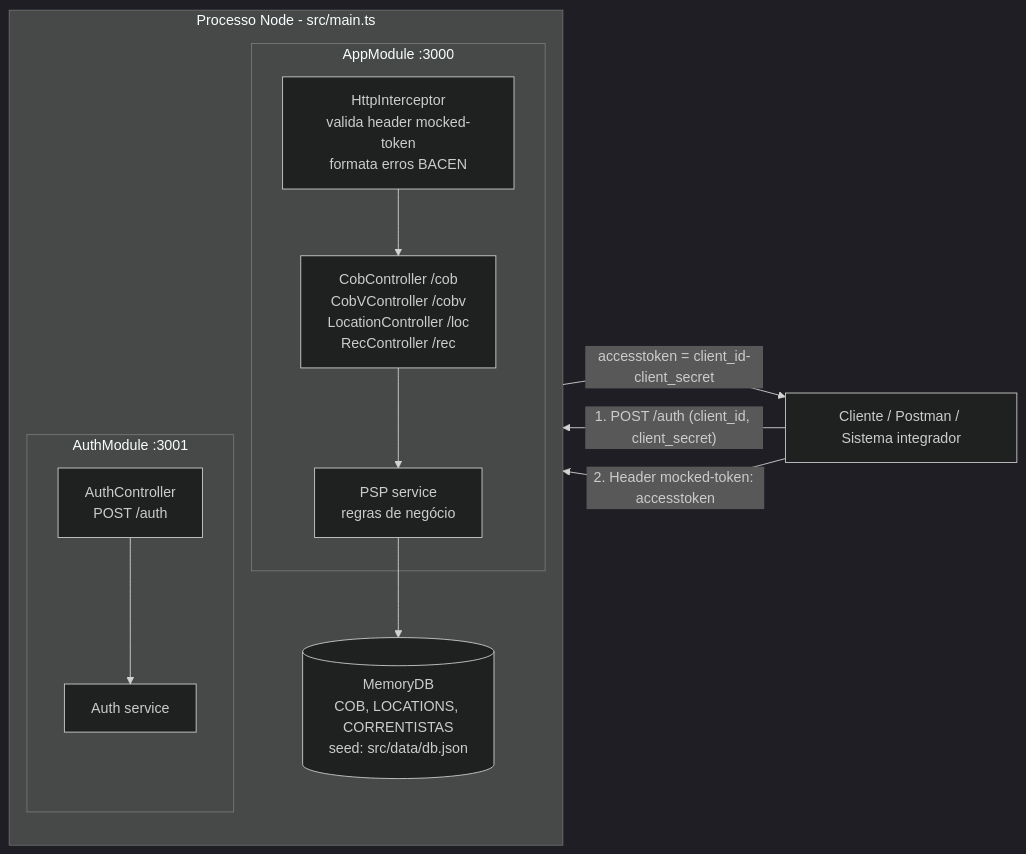
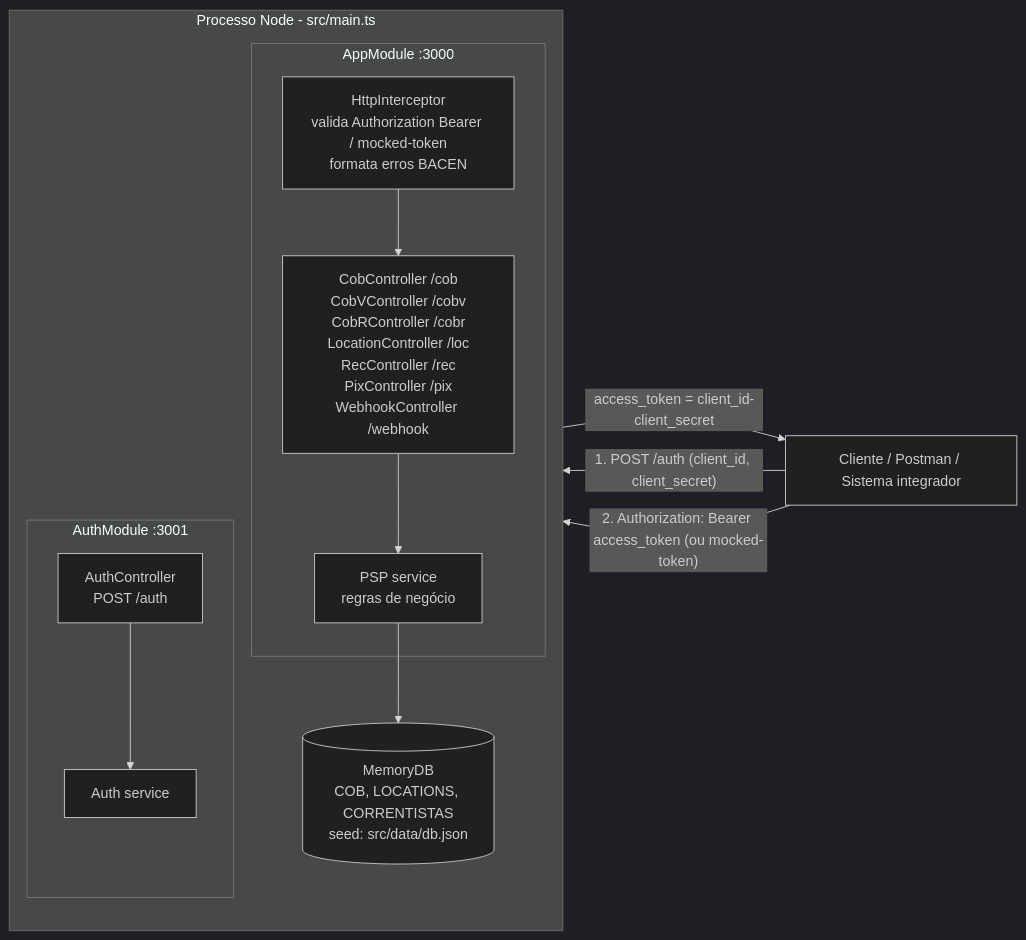
Before and after one commit to sync-projects-team/pix-mocked-server-devbacega: the diagram in .devin/instructions/architecture.md, drawn with Mermaid (dark theme). The commit also changed other lines of this file and 3 other files, not shown here.

Commit message:
docs: atualiza arquitetura/README/regras com cobr, rec, pix, webhook e adiciona parecer Kaizen

````diff
--- a/.devin/instructions/architecture.md
+++ b/.devin/instructions/architecture.md
@@ -33,28 +33,28 @@
 ```mermaid
 flowchart LR
     Client[Cliente / Postman / Sistema integrador]
 
     subgraph Processo Node - src/main.ts
         direction TB
         Seed[(MemoryDB<br/>COB, LOCATIONS, CORRENTISTAS<br/>seed: src/data/db.json)]
 
         subgraph Auth[AuthModule :3001]
             AuthCtrl[AuthController<br/>POST /auth]
             AuthSvc[Auth service]
             AuthCtrl --> AuthSvc
         end
 
         subgraph App[AppModule :3000]
-            Interceptor[HttpInterceptor<br/>valida header mocked-token<br/>formata erros BACEN]
-            Ctrls[CobController /cob<br/>CobVController /cobv<br/>LocationController /loc<br/>RecController /rec]
+            Interceptor[HttpInterceptor<br/>valida Authorization Bearer / mocked-token<br/>formata erros BACEN]
+            Ctrls[CobController /cob<br/>CobVController /cobv<br/>CobRController /cobr<br/>LocationController /loc<br/>RecController /rec<br/>PixController /pix<br/>WebhookController /webhook]
             PSP[PSP service<br/>regras de negócio]
             Interceptor --> Ctrls --> PSP
         end
 
         PSP --> Seed
     end
 
     Client -- "1. POST /auth (client_id, client_secret)" --> AuthCtrl
-    AuthCtrl -- "accesstoken = client_id-client_secret" --> Client
-    Client -- "2. Header mocked-token: accesstoken" --> Interceptor
+    AuthCtrl -- "access_token = client_id-client_secret" --> Client
+    Client -- "2. Authorization: Bearer access_token (ou mocked-token)" --> Interceptor
 ```
````
